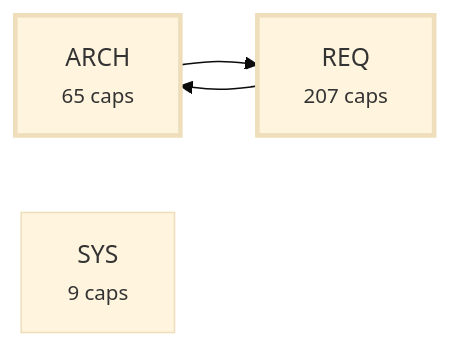
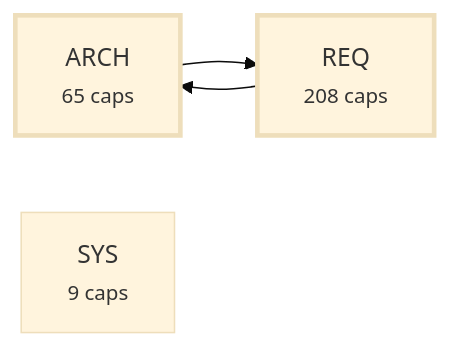
Before and after one commit to alxmax/Requirement-manager: the third of 4 diagrams in plugin/requirements/_map.md, drawn with Mermaid (base theme). The commit also changed other lines of this file and 15 other files, not shown here.

````diff
--- a/plugin/requirements/_map.md
+++ b/plugin/requirements/_map.md
@@ -1034,10 +1035,10 @@
 ```mermaid
 graph LR
   a_ARCH["ARCH<br><small>65 caps</small>"]
-  a_REQ["REQ<br><small>207 caps</small>"]
+  a_REQ["REQ<br><small>208 caps</small>"]
   a_SYS["SYS<br><small>9 caps</small>"]
   a_ARCH --> a_REQ
   a_REQ --> a_ARCH
   style a_ARCH stroke-width:3px
   style a_REQ stroke-width:3px
 ```
````
